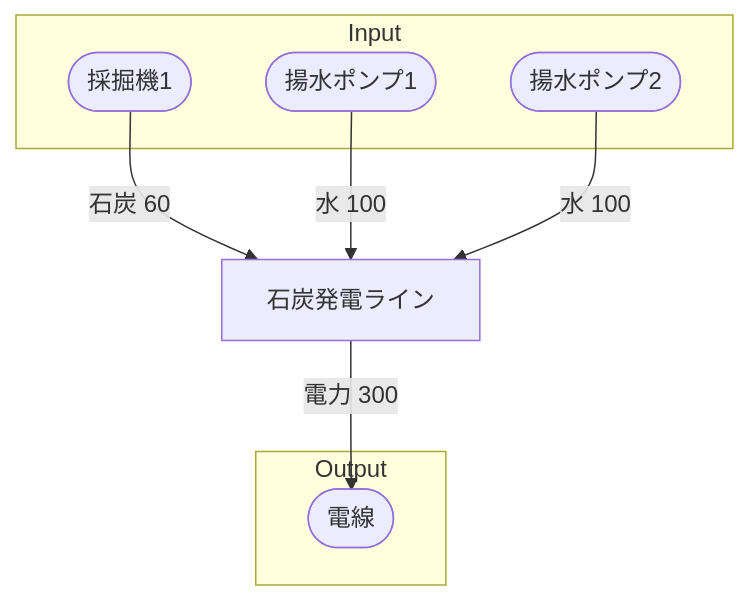
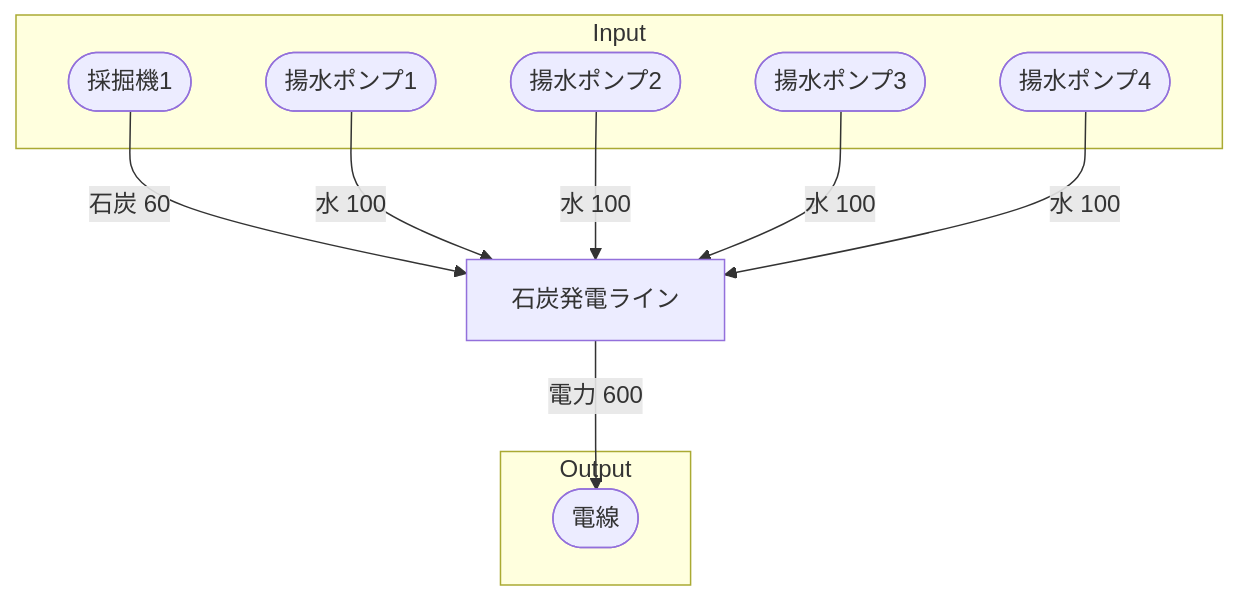
Before and after one commit to Suzuran-Amano/SatisfactoryTaskEfficiency: the diagram in 40_FactoryBuilding/初期一時石炭発電所/30‗全体製造ライン設計書/全体製造ライン設計書.md, drawn with Mermaid. The commit also changed other lines of this file and 5 other files, not shown here.

````diff
--- a/40_FactoryBuilding/初期一時石炭発電所/30‗全体製造ライン設計書/全体製造ライン設計書.md
+++ b/40_FactoryBuilding/初期一時石炭発電所/30‗全体製造ライン設計書/全体製造ライン設計書.md
@@ -18,24 +18,28 @@
 ```mermaid
 flowchart TD
 
 subgraph Input
     採掘機1([採掘機1])
     揚水ポンプ1([揚水ポンプ1])
     揚水ポンプ2([揚水ポンプ2])
+    揚水ポンプ3([揚水ポンプ3])
+    揚水ポンプ4([揚水ポンプ4])
 end
 
 石炭発電ライン[石炭発電ライン]
 
 subgraph Output
     電線([電線])
 end
 
 
 採掘機1-->|石炭 60|石炭発電ライン
 揚水ポンプ1-->|水 100|石炭発電ライン
 揚水ポンプ2-->|水 100|石炭発電ライン
+揚水ポンプ3-->|水 100|石炭発電ライン
+揚水ポンプ4-->|水 100|石炭発電ライン
 
-石炭発電ライン-->|電力 300|電線
+石炭発電ライン-->|電力 600|電線
 
 
 ```
````
